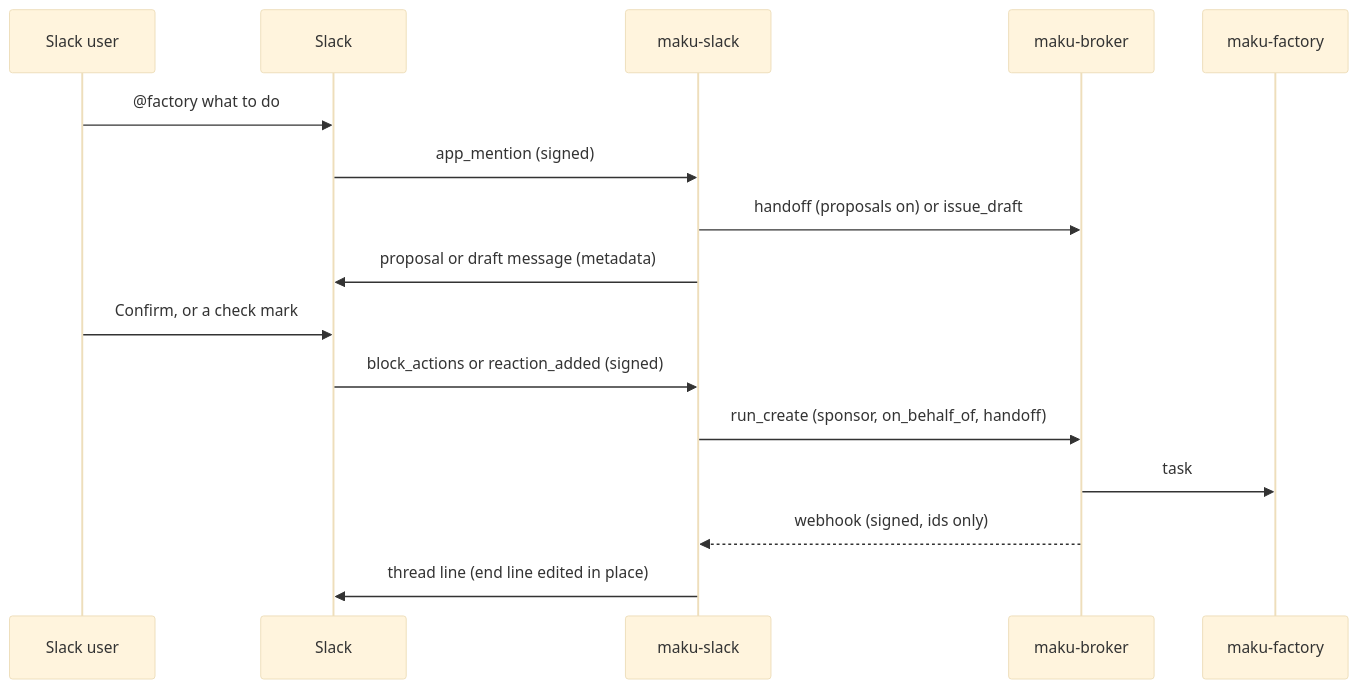
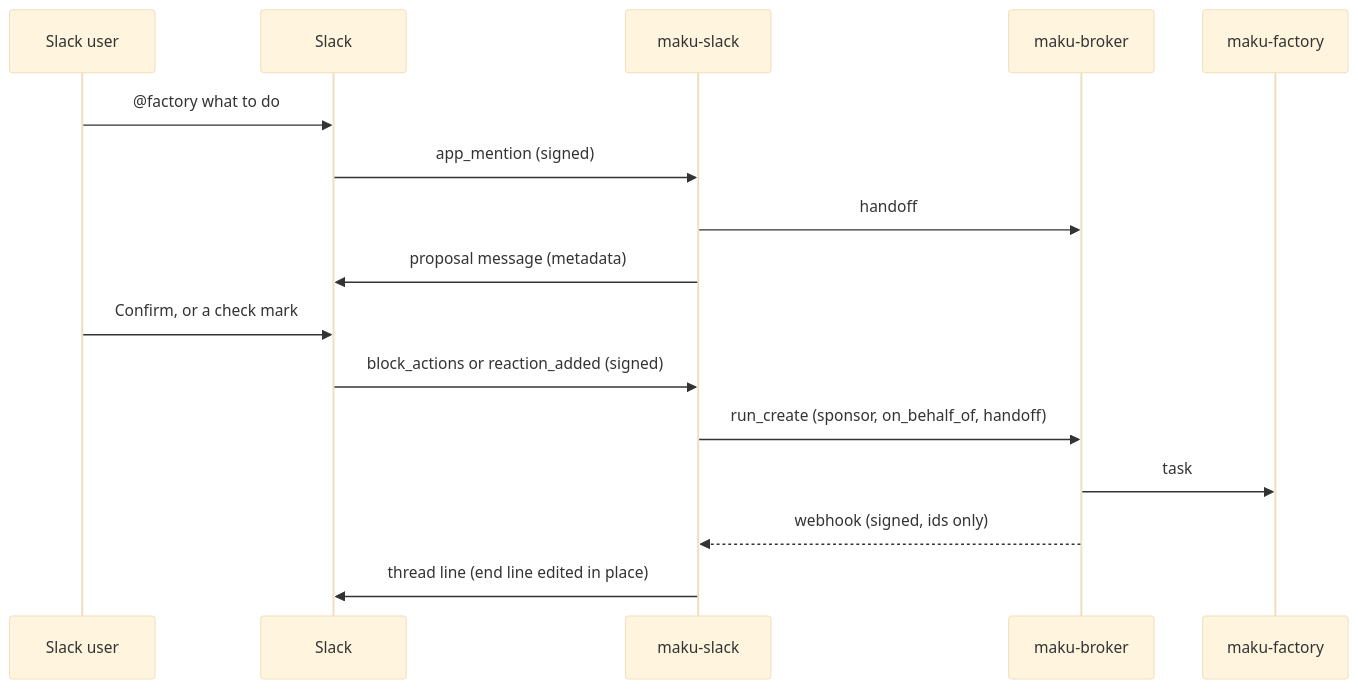
Before and after one commit to Smana/maku: the diagram in docs/slack.md, drawn with Mermaid (base theme). The commit also changed other lines of this file and 141 other files, not shown here.

````diff
--- a/docs/slack.md
+++ b/docs/slack.md
@@ -5,18 +5,18 @@
 ```mermaid
 sequenceDiagram
   participant U as Slack user
   participant S as Slack
   participant A as maku-slack
   participant B as maku-broker
   participant F as maku-factory
   U->>S: @factory what to do
   S->>A: app_mention (signed)
-  A->>B: handoff (proposals on) or issue_draft
-  A->>S: proposal or draft message (metadata)
+  A->>B: handoff
+  A->>S: proposal message (metadata)
   U->>S: Confirm, or a check mark
   S->>A: block_actions or reaction_added (signed)
   A->>B: run_create (sponsor, on_behalf_of, handoff)
   B->>F: task
   B-->>A: webhook (signed, ids only)
   A->>S: thread line (end line edited in place)
 ```
````
